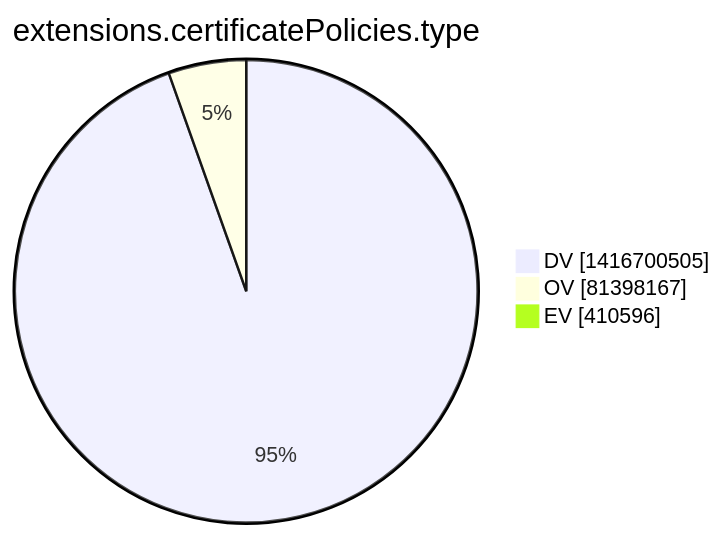
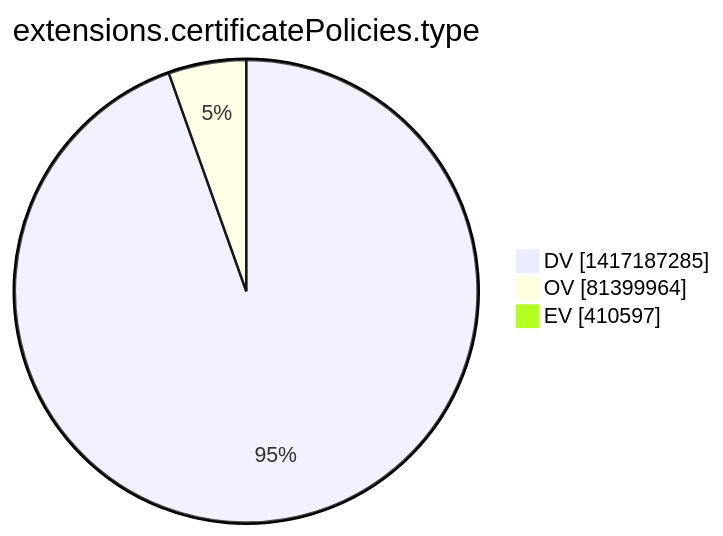
The tenth of 15 diagrams in xenon2022/README.md (christiankrug/ctmonitor_visualization), drawn with Mermaid before and after one commit. The commit also changed other lines of this file, not shown here.

````diff
--- a/xenon2022/README.md
+++ b/xenon2022/README.md
@@ -2864,7 +2865,7 @@
 ```mermaid
 pie showData
 title extensions.certificatePolicies.type
-"DV" :1416700505
-"OV" :81398167
-"EV" :410596
+"DV" :1417187285
+"OV" :81399964
+"EV" :410597
 ```
````
